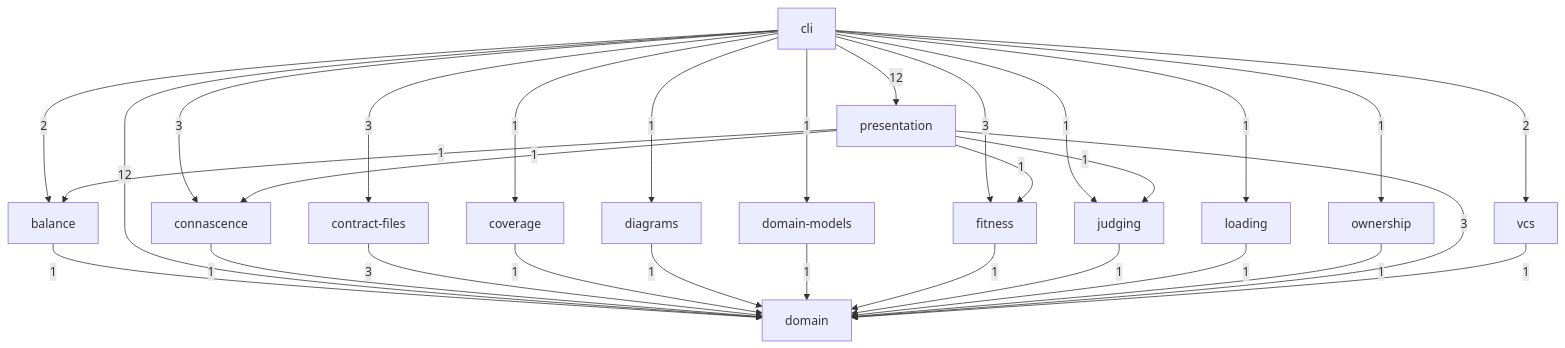
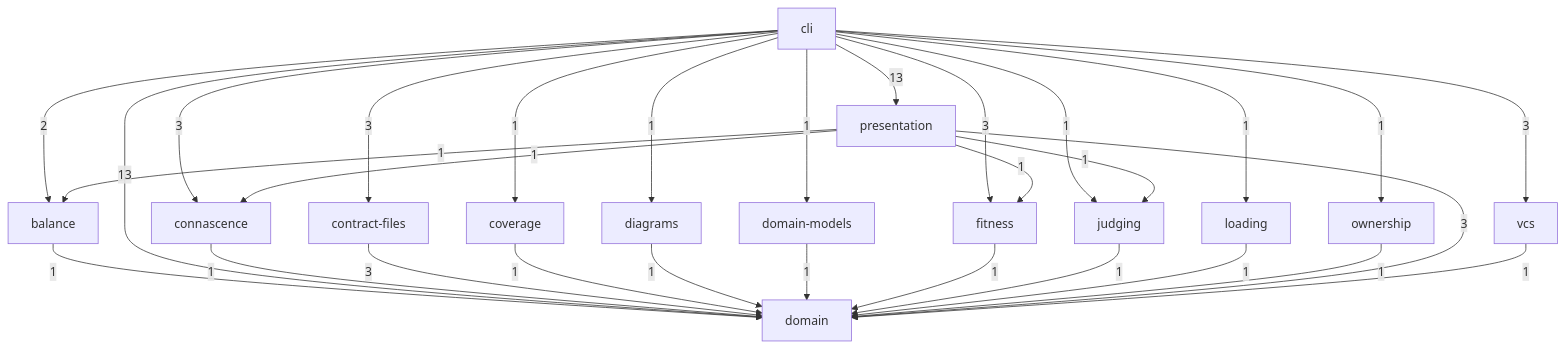
Before and after one commit to StevenACoffman/anarch-lint: the diagram in anarch.md, drawn with Mermaid. The commit also changed other lines of this file and 90 other files, not shown here.

````diff
--- a/anarch.md
+++ b/anarch.md
@@ -36,46 +36,46 @@
 ```mermaid
 flowchart TD
   s0["cli"]
   s1["presentation"]
   s2["loading"]
   s3["vcs"]
   s4["diagrams"]
   s5["contract-files"]
   s6["domain-models"]
   s7["ownership"]
   s8["coverage"]
   s9["fitness"]
   s10["balance"]
   s11["connascence"]
   s12["judging"]
   s13["domain"]
   s10 -->|1| s13
   s0 -->|2| s10
   s0 -->|3| s11
   s0 -->|3| s5
   s0 -->|1| s8
   s0 -->|1| s4
-  s0 -->|12| s13
+  s0 -->|13| s13
   s0 -->|1| s6
   s0 -->|3| s9
   s0 -->|1| s12
   s0 -->|1| s2
   s0 -->|1| s7
-  s0 -->|12| s1
-  s0 -->|2| s3
+  s0 -->|13| s1
+  s0 -->|3| s3
   s11 -->|1| s13
   s5 -->|3| s13
   s8 -->|1| s13
   s4 -->|1| s13
   s6 -->|1| s13
   s9 -->|1| s13
   s12 -->|1| s13
   s2 -->|1| s13
   s7 -->|1| s13
   s1 -->|1| s10
   s1 -->|1| s11
   s1 -->|3| s13
   s1 -->|1| s9
   s1 -->|1| s12
   s3 -->|1| s13
 ```
````
